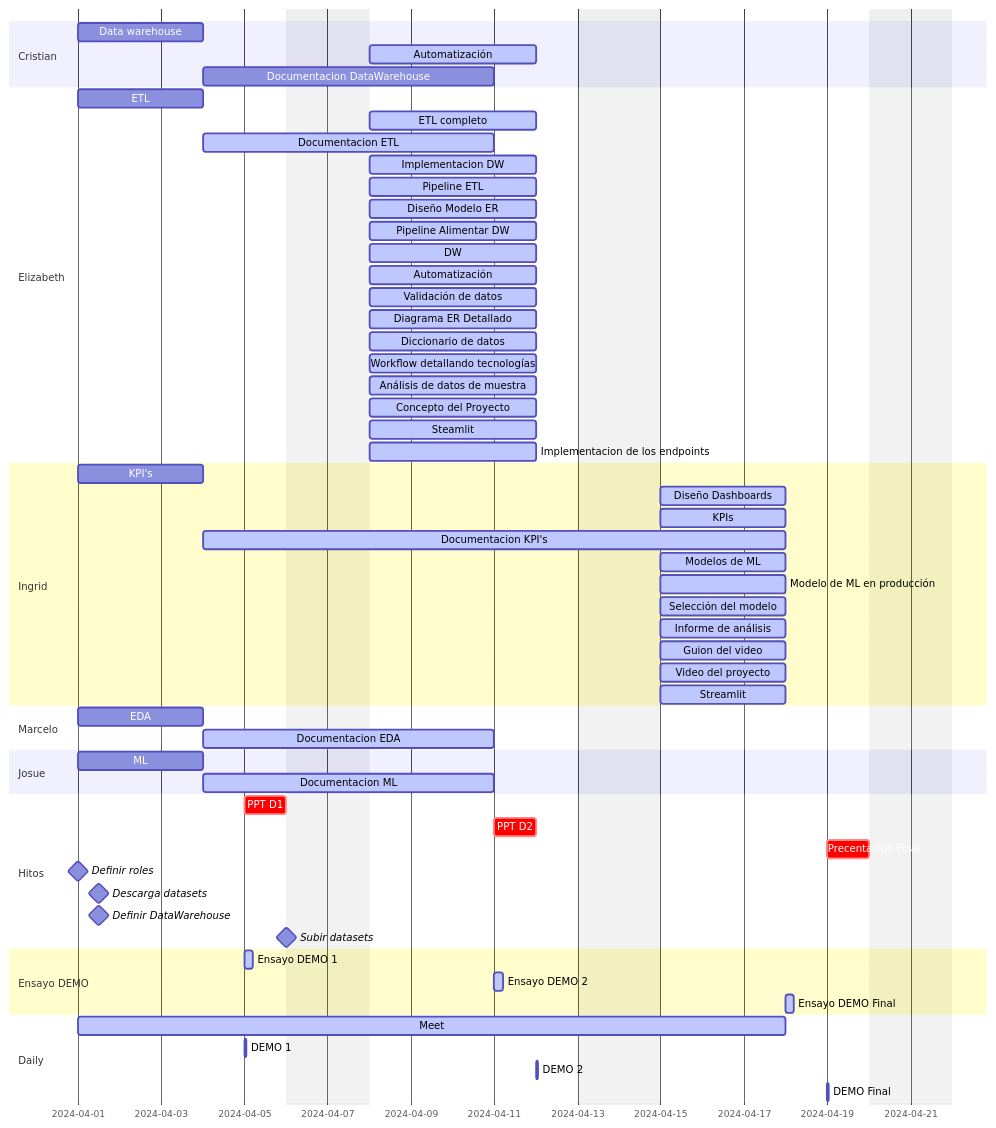
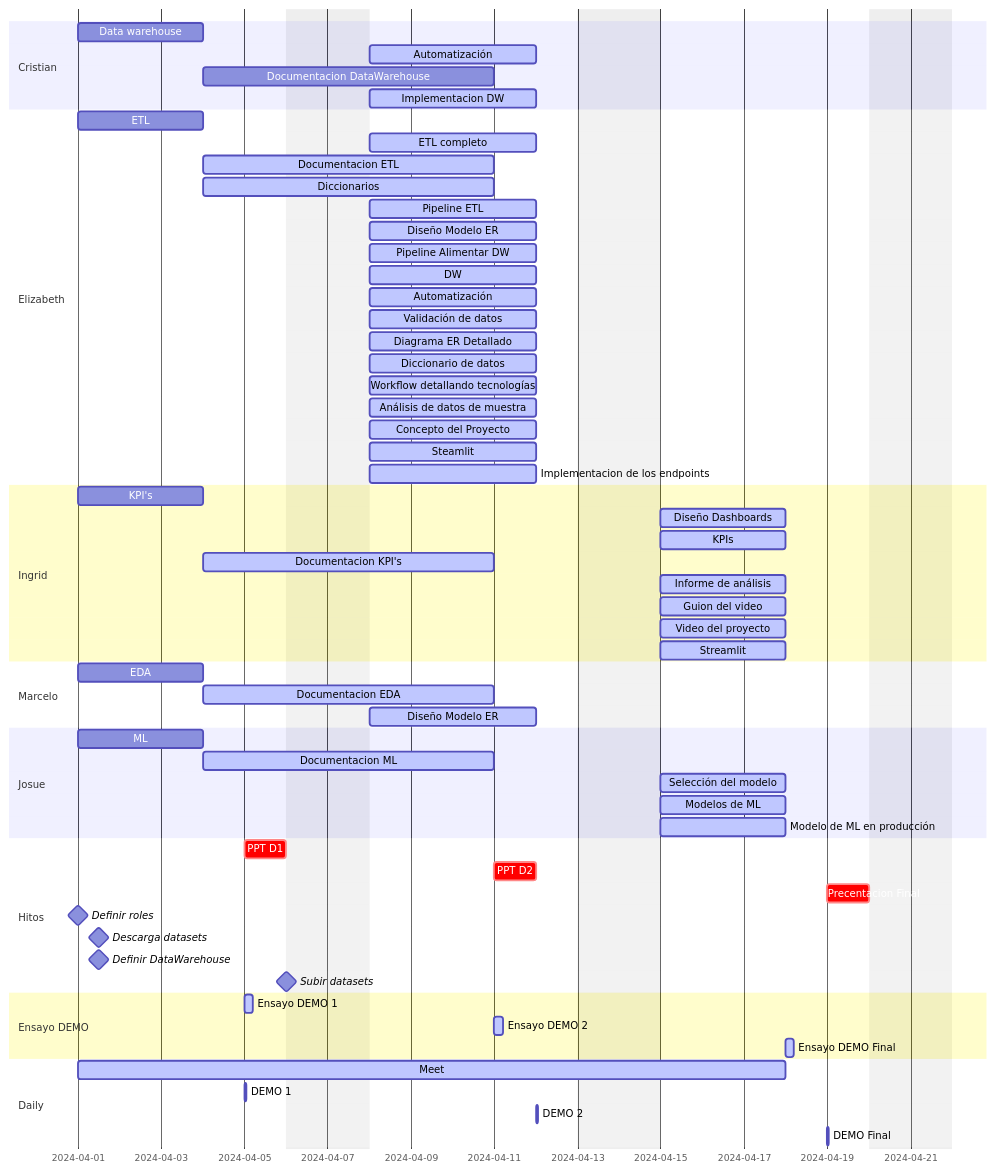
The diagram in Documentacion/Gantt.md (marceloyuba/SDT), drawn with Mermaid before and after one commit.

````diff
--- a/Documentacion/Gantt.md
+++ b/Documentacion/Gantt.md
@@ -2,77 +2,81 @@
 ```mermaid
 gantt
    
     dateFormat  YYYY-MM-DD
     excludes     saturday sunday
     %% (`excludes` accepts specific dates in YYYY-MM-DD format, days of the week ("sunday") or "weekends", but not the word "weekdays".)
 
     section Cristian
     
     Data warehouse            :  des4, 2024-04-01, 3d
     Automatización             :active,    des11, 2024-04-08, 4d
     Documentacion DataWarehouse       : a1, after des4, 5d
-              
+    Implementacion DW         :active,    des7, 2024-04-08, 4d
 
     section Elizabeth
 
     ETL                       :    des1, 2024-04-01, 3d 
     ETL completo               :active,    des6, 2024-04-08, 4d
     Documentacion ETL               :active, a1, after des1, 5d
-    Implementacion DW         :active,    des7, 2024-04-08, 4d
+    Diccionarios              :active, a1, after des1, 5d
     Pipeline ETL               :active,    des8, 2024-04-08, 4d
     Diseño Modelo ER           :active,    des8, 2024-04-08, 4d 
     Pipeline Alimentar DW       :active,    des9, 2024-04-08, 4d
     DW                          :active,    des10, 2024-04-08, 4d
     Automatización             :active,    des11, 2024-04-08, 4d
     Validación de datos         :active,    des12, 2024-04-08, 4d
     Diagrama ER Detallado       :active,    des13, 2024-04-08, 4d
     Diccionario de datos        :active,    des14, 2024-04-08, 4d
     Workflow detallando tecnologías :active,    des15, 2024-04-08, 4d
     Análisis de datos de muestra   :active,    des16, 2024-04-08, 4d
     Concepto del Proyecto         :active,    des17, 2024-04-08, 4d
     Steamlit                     :active,    des18, 2024-04-08, 4d
     Implementacion de los endpoints     :active,    des19, 2024-04-08, 4d
 
     section Ingrid
     KPI's                     :   des3,  2024-04-01, 3d
     Diseño Dashboards              :active,    des20, 2024-04-15, 3d
     KPIs                           :active,    des21, 2024-04-15, 3d
-    Documentacion KPI's              :active, a1, after des1, 10d
-    Modelos de ML                   :active,    des22, 2024-04-15, 3d
-    Modelo de ML en producción      :active,    des23, 2024-04-15, 3d
-    Selección del modelo         :active,    des24, 2024-04-15, 3d
+    Documentacion KPI's              :active, a1, after des1, 5d
+    
     Informe de análisis               :active,    des25, 2024-04-15, 3d
     Guion del video                  :active,    des26, 2024-04-15, 3d
     Video del proyecto              :active,    des27, 2024-04-15, 3d
     Streamlit                       :active, des28, 2024-04-15, 3d
 
 
     section Marcelo
     EDA                          :  des2, 2024-04-01, 3d
     Documentacion EDA              :active, a1, after des1, 5d
+    Diseño Modelo ER           :active,    des8, 2024-04-08, 4d 
 
-   section Josue
+
+    section Josue
     ML                           : des5, 2024-04-01, 3d
     Documentacion ML                   :active, a1, after des1, 5d
+    Selección del modelo         :active,    des24, 2024-04-15, 3d
+    Modelos de ML                   :active,    des22, 2024-04-15, 3d
+    Modelo de ML en producción      :active,    des23, 2024-04-15, 3d
+
 
     section Hitos
     PPT D1                              :crit,  2024-04-05,24h
     PPT D2                              :crit,  2024-04-11,24h
     Precentacion Final                          :crit,  2024-04-19,24h
     Definir roles                       :milestone, isadded, 2024-04-01, 0d
     Descarga datasets                   :milestone, isadded, 2024-04-01, 24h
     Definir DataWarehouse               :milestone,isadded, 2024-04-01, 24h
     Subir datasets                      :milestone,isadded 2024-04-04, 2d
 
     section Ensayo DEMO
     Ensayo DEMO 1                       :active, 2024-04-05, 5h
     Ensayo DEMO 2                       :active, 2024-04-11, 5h
     Ensayo DEMO Final                  :active, 2024-04-18, 5h
 
     section Daily
     Meet                               :active,a2, 2024-04-01, 2024-04-18
     DEMO 1                             :active, 2024-04-05, 1h
     DEMO 2                             :active, 2024-04-12, 1h
     DEMO Final                             :active, 2024-04-19, 1h
    
 ```
````
